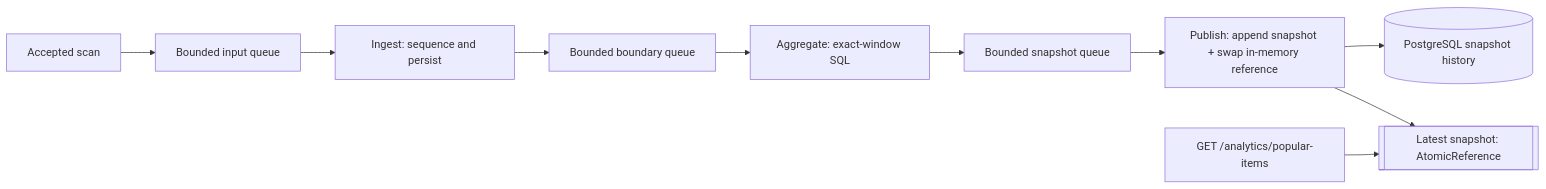
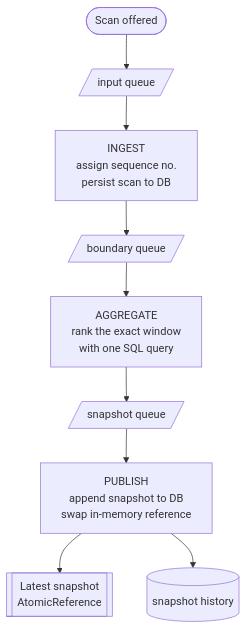
One commit to lingeorge88/CS6510-2026 changed the second of 2 diagrams in pipeline/README.md. Above: the diagram before and after it, drawn with Mermaid. The commit also changed other lines of this file and 1 other file, not shown here.

Commit message:
updated readme for pipeline architecture

````diff
--- a/pipeline/README.md
+++ b/pipeline/README.md
@@ -38,12 +31,11 @@
 ```mermaid
-flowchart LR
-    A[Accepted scan] --> Q0[Bounded input queue]
-    Q0 --> I[Ingest: sequence and persist]
-    I --> Q1[Bounded boundary queue]
-    Q1 --> G[Aggregate: exact-window SQL]
-    G --> Q2[Bounded snapshot queue]
-    Q2 --> P[Publish: append snapshot + swap in-memory reference]
-    P --> DB[(PostgreSQL snapshot history)]
-    P --> REF[[Latest snapshot: AtomicReference]]
-    GET[GET /analytics/popular-items] --> REF
+flowchart TD
+    OFFER([Scan offered]) --> Q0[/input queue/]
+    Q0 --> I[INGEST<br/>assign sequence no.<br/>persist scan to DB]
+    I --> Q1[/boundary queue/]
+    Q1 --> A[AGGREGATE<br/>rank the exact window<br/>with one SQL query]
+    A --> Q2[/snapshot queue/]
+    Q2 --> P[PUBLISH<br/>append snapshot to DB<br/>swap in-memory reference]
+    P --> REF[[Latest snapshot<br/>AtomicReference]]
+    P --> HIST[(snapshot history)]
 ```
````
